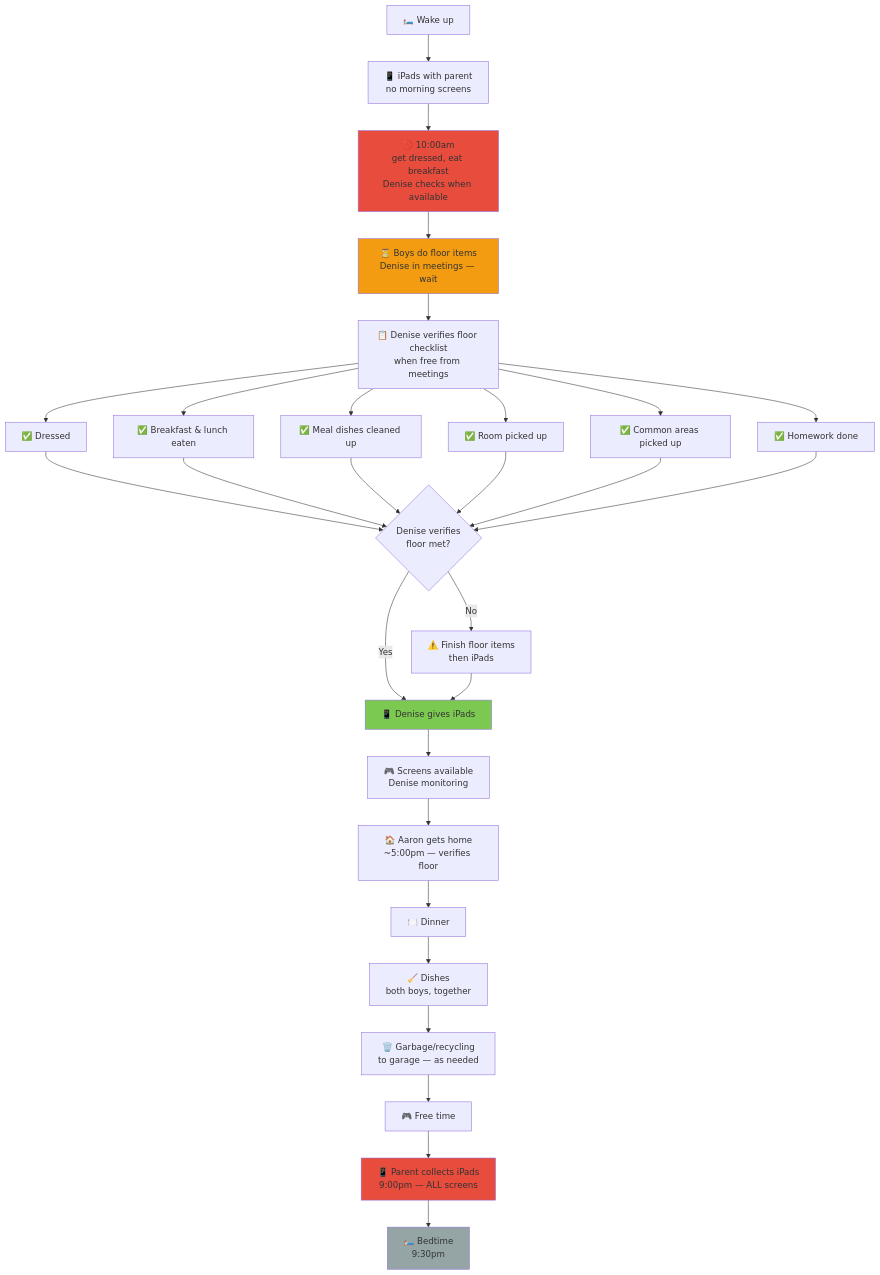
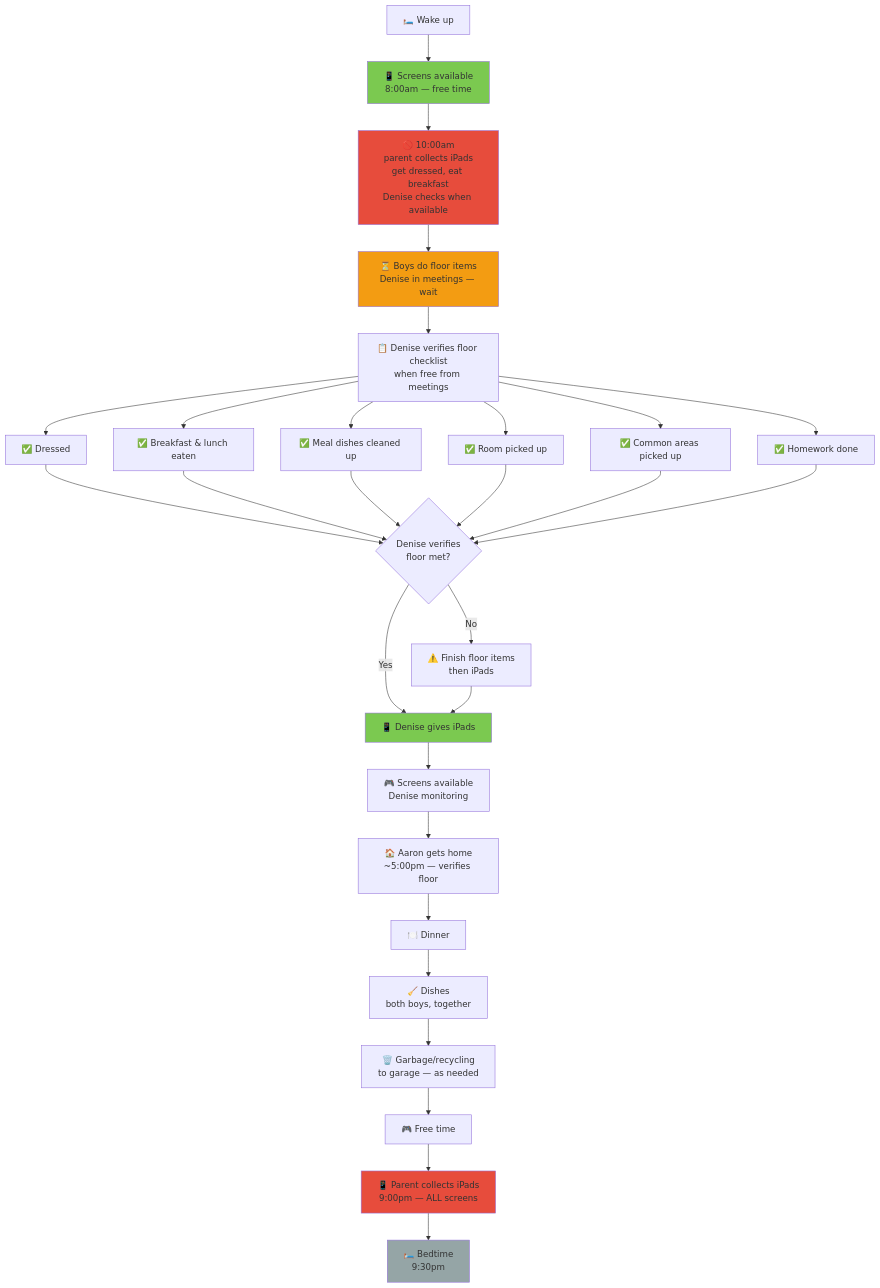
Before and after one commit to ajass/technology-reset: the first of 2 diagrams in day-types/05-weekday-off.md, drawn with Mermaid. The commit also changed other lines of this file and 3 other files, not shown here.

First line of the commit message:
Weekday off mornings: same 8am-10am free time as Saturday/Sunday

````diff
--- a/day-types/05-weekday-off.md
+++ b/day-types/05-weekday-off.md
@@ -17,36 +17,37 @@
 ```mermaid
 flowchart TD
-    A["🛏️ Wake up"] --> IP["📱 iPads with parent<br/>no morning screens"]
-    IP --> C["🚫 10:00am<br/>get dressed, eat breakfast<br/>Denise checks when available"]
+    A["🛏️ Wake up"] --> AM["📱 Screens available<br/>8:00am — free time"]
+    AM --> C["🚫 10:00am<br/>parent collects iPads<br/>get dressed, eat breakfast<br/>Denise checks when available"]
     C --> W["⏳ Boys do floor items<br/>Denise in meetings — wait"]
     W --> D["📋 Denise verifies floor checklist<br/>when free from meetings"]
     D --> D1["✅ Dressed"]
     D --> D2["✅ Breakfast & lunch eaten"]
     D --> D3["✅ Meal dishes cleaned up"]
     D --> D4["✅ Room picked up"]
     D --> D5["✅ Common areas picked up"]
     D --> D6["✅ Homework done"]
     D1 --> E{"Denise verifies<br/>floor met?"}
     D2 --> E
     D3 --> E
     D4 --> E
     D5 --> E
     D6 --> E
     E -->|Yes| DG["📱 Denise gives iPads"]
     E -->|No| G["⚠️ Finish floor items<br/>then iPads"]
     G --> DG
     DG --> F["🎮 Screens available<br/>Denise monitoring"]
     F --> I["🏠 Aaron gets home<br/>~5:00pm — verifies floor"]
     I --> J["🍽️ Dinner"]
     J --> K["🧹 Dishes<br/>both boys, together"]
     K --> L["🗑️ Garbage/recycling<br/>to garage — as needed"]
     L --> M["🎮 Free time"]
     M --> N["📱 Parent collects iPads<br/>9:00pm — ALL screens"]
     N --> O["🛏️ Bedtime<br/>9:30pm"]
 
+    style AM fill:#7bc950
     style C fill:#e74c3c
     style W fill:#f39c12
     style DG fill:#7bc950
     style N fill:#e74c3c
     style O fill:#95a5a6
 ```
````
